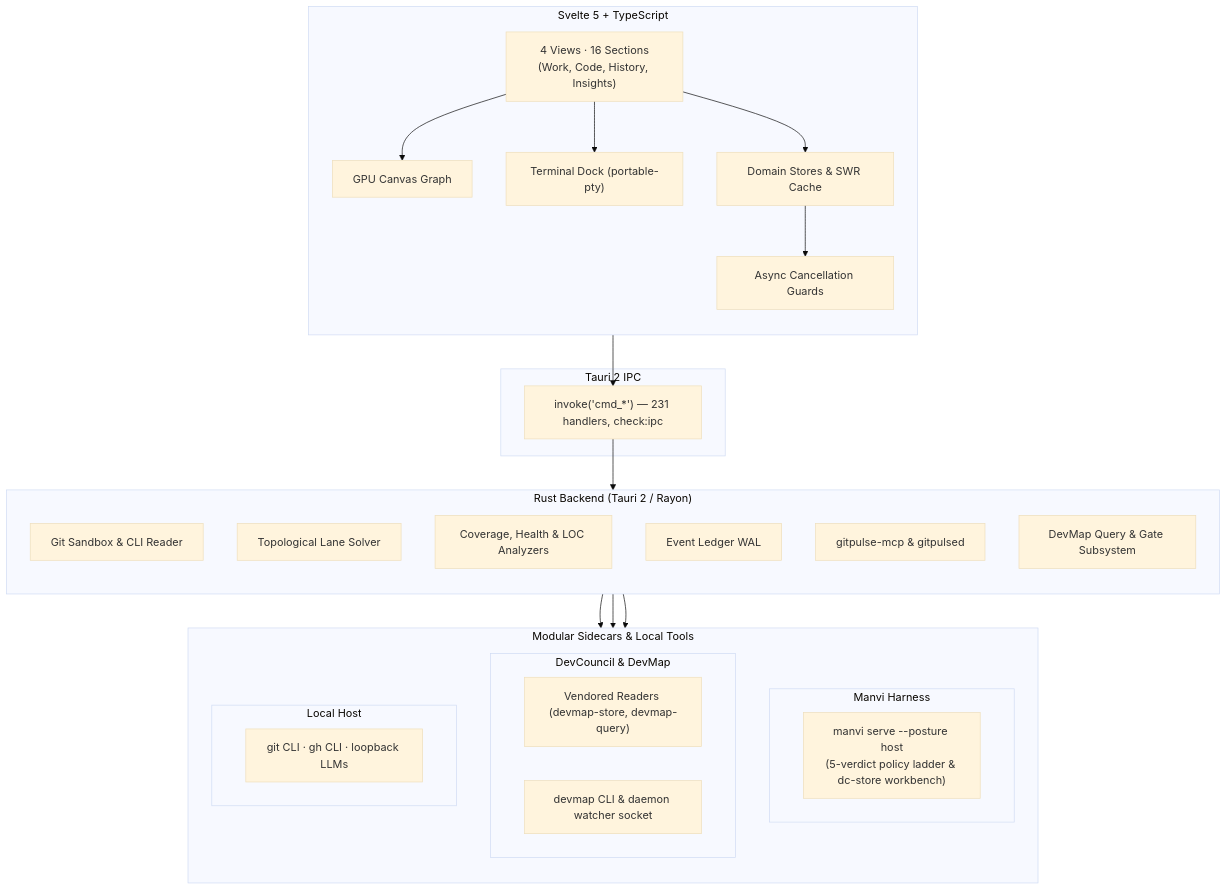
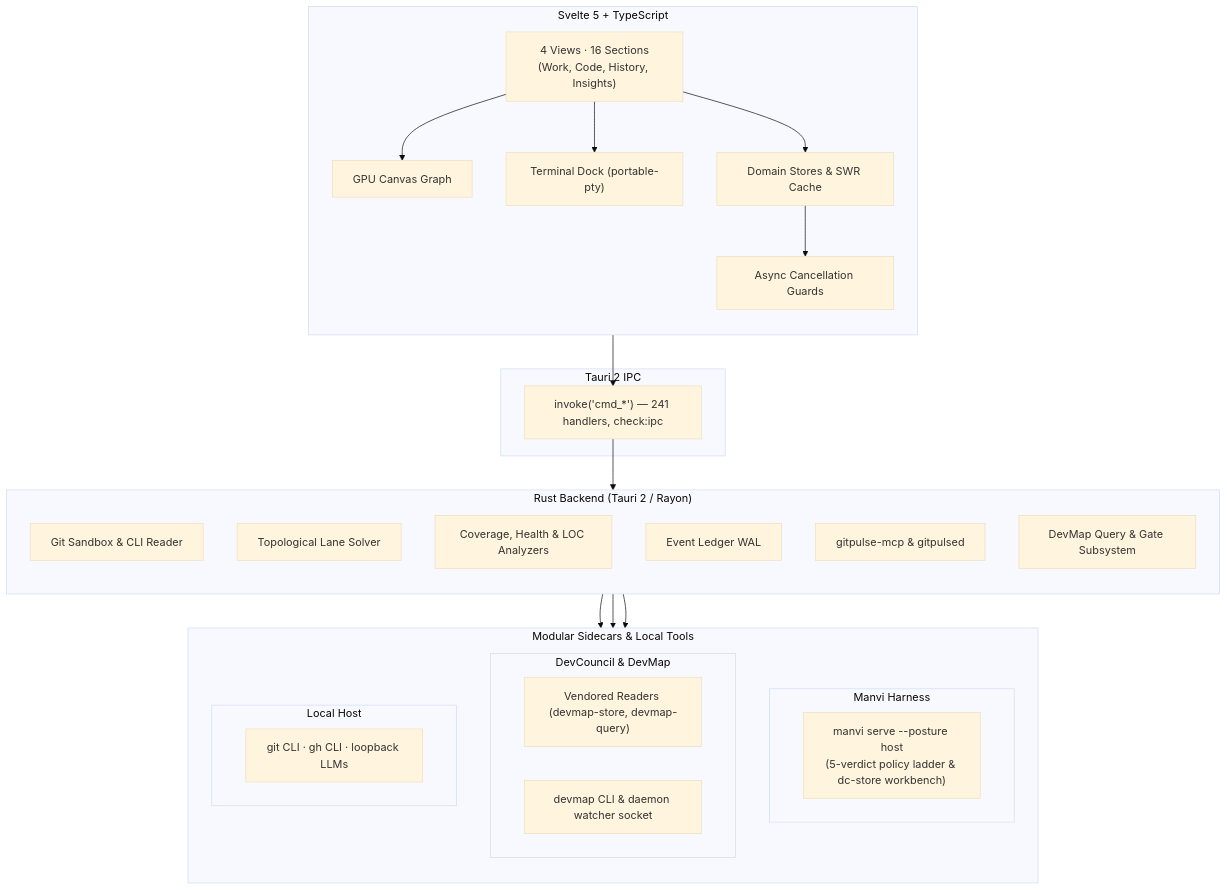
Before and after one commit to bharathvbcr/GitPulse: the first of 2 diagrams in wiki/Architecture.md, drawn with Mermaid (base theme). The commit also changed other lines of this file and 75 other files, not shown here.

````diff
--- a/wiki/Architecture.md
+++ b/wiki/Architecture.md
@@ -7,48 +7,48 @@
 ```mermaid
 flowchart TB
     subgraph Frontend["Svelte 5 + TypeScript"]
         direction TB
         Views["4 Views · 16 Sections<br/>(Work, Code, History, Insights)"]
         Canvas["GPU Canvas Graph"]
         Dock["Terminal Dock (portable-pty)"]
         Stores["Domain Stores & SWR Cache"]
         Guards["Async Cancellation Guards"]
         Views --> Canvas
         Views --> Dock
         Views --> Stores --> Guards
     end
 
     subgraph IPC["Tauri 2 IPC"]
-        Bridge["invoke('cmd_*') — 231 handlers, check:ipc"]
+        Bridge["invoke('cmd_*') — 241 handlers, check:ipc"]
     end
 
     subgraph Backend["Rust Backend (Tauri 2 / Rayon)"]
         direction TB
         Git["Git Sandbox & CLI Reader"]
         Graph["Topological Lane Solver"]
         Analyzers["Coverage, Health & LOC Analyzers"]
         Ledger["Event Ledger WAL"]
         MCP["gitpulse-mcp & gitpulsed"]
         DevMapSubsys["DevMap Query & Gate Subsystem"]
     end
 
     subgraph Integrations["Modular Sidecars & Local Tools"]
         direction TB
         subgraph ManviBox["Manvi Harness"]
             Manvi["manvi serve --posture host<br/>(5-verdict policy ladder & dc-store workbench)"]
         end
         subgraph DevCouncilBox["DevCouncil & DevMap"]
             Vendored["Vendored Readers (devmap-store, devmap-query)"]
             DevMapCLI["devmap CLI & daemon watcher socket"]
         end
         subgraph LocalBox["Local Host"]
             LocalTools["git CLI · gh CLI · loopback LLMs"]
         end
     end
 
     Guards --> Bridge
     Bridge --> Backend
     Backend --> ManviBox
     Backend --> DevCouncilBox
     Backend --> LocalBox
 ```
````
